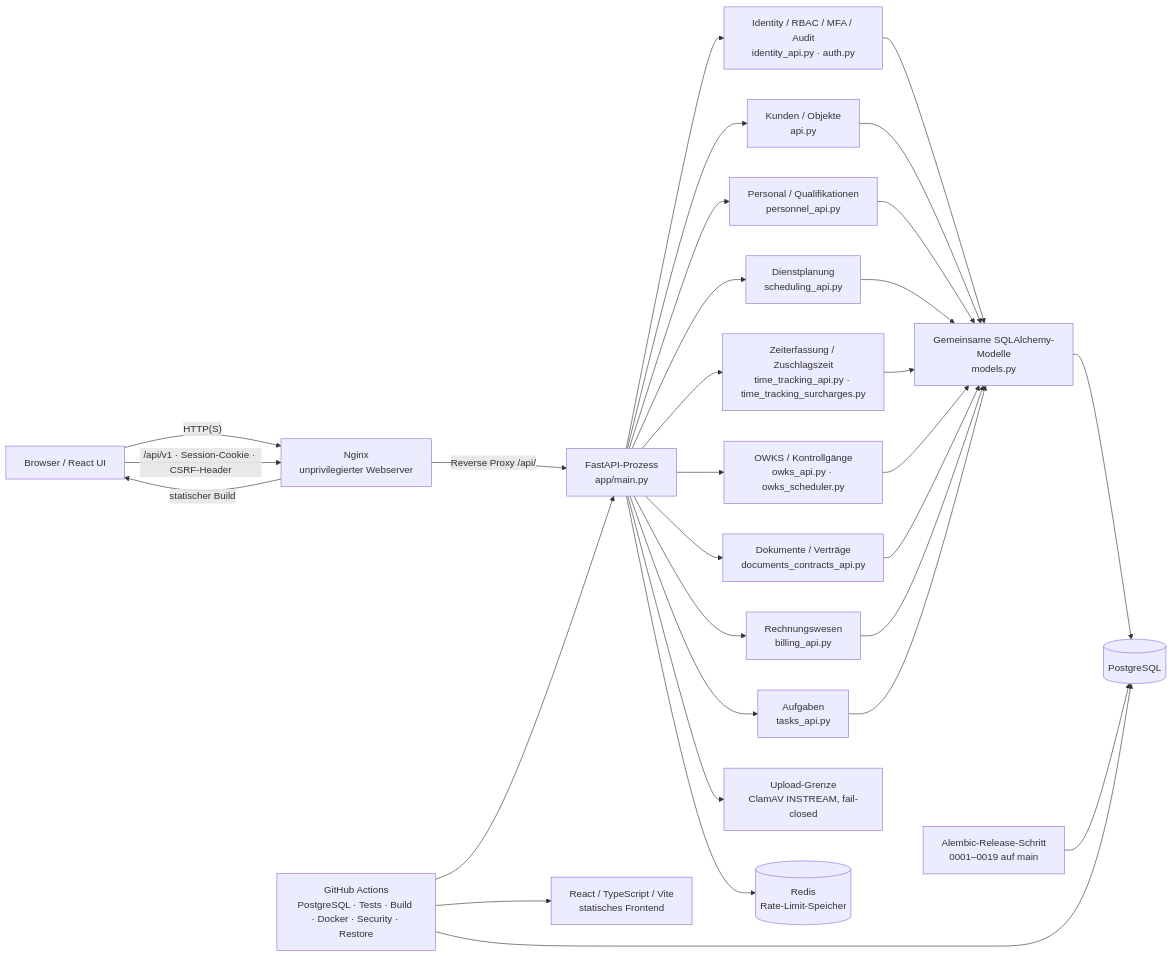
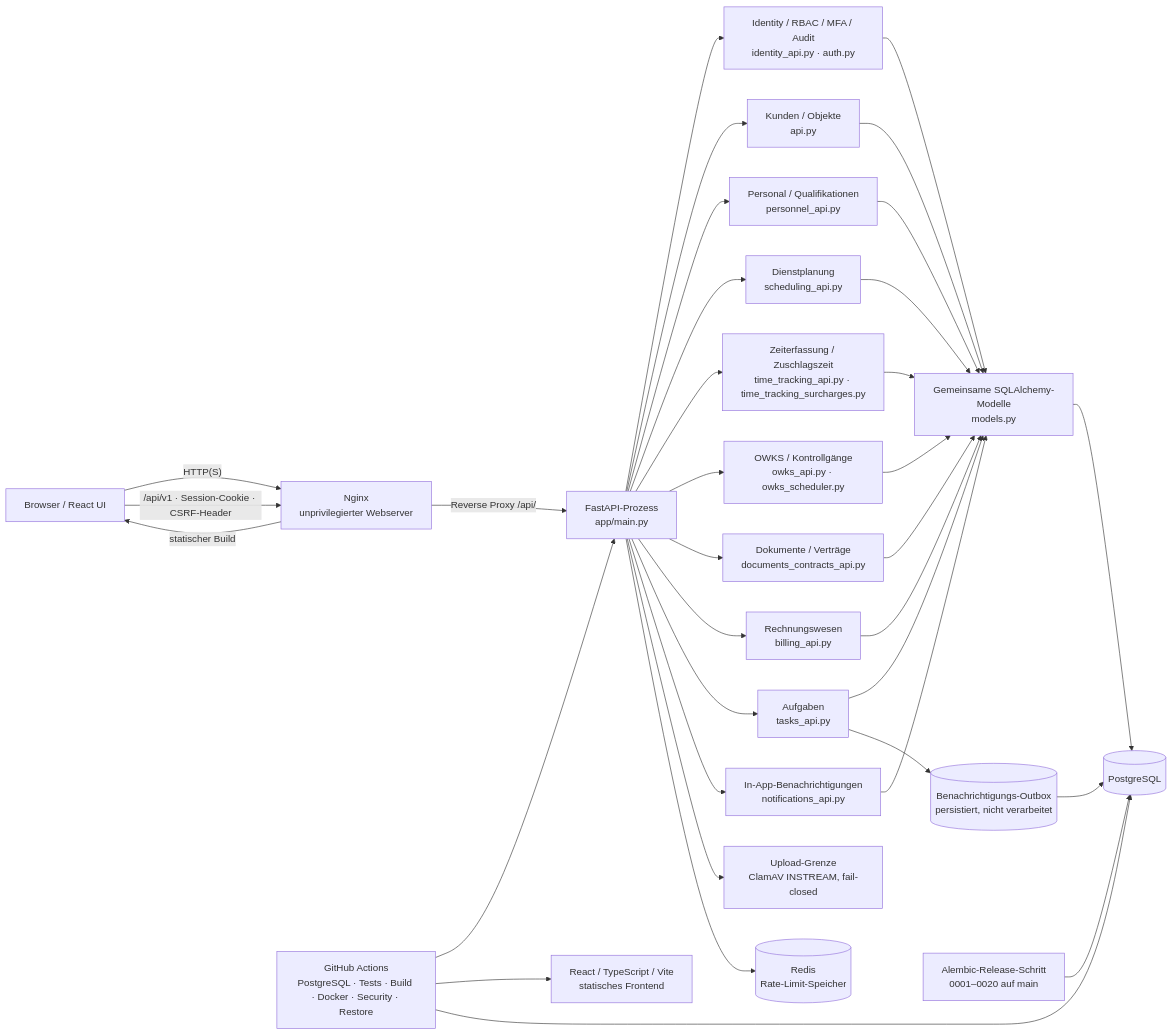
The diagram in docs/ARCHITECTURE.md (Debugger-alex/securityops-python), drawn with Mermaid before and after one commit. The commit also changed other lines of this file and 10 other files, not shown here.

Commit message:
docs: document task notifications on main

````diff
--- a/docs/ARCHITECTURE.md
+++ b/docs/ARCHITECTURE.md
@@ -7,51 +7,57 @@
 ```mermaid
 flowchart LR
     Browser["Browser / React UI"]
     UI["React / TypeScript / Vite<br/>statisches Frontend"]
     Web["Nginx<br/>unprivilegierter Webserver"]
     API["FastAPI-Prozess<br/>app/main.py"]
     Identity["Identity / RBAC / MFA / Audit<br/>identity_api.py · auth.py"]
     Customer["Kunden / Objekte<br/>api.py"]
     People["Personal / Qualifikationen<br/>personnel_api.py"]
     Scheduling["Dienstplanung<br/>scheduling_api.py"]
     Time["Zeiterfassung / Zuschlagszeit<br/>time_tracking_api.py · time_tracking_surcharges.py"]
     OWKS["OWKS / Kontrollgänge<br/>owks_api.py · owks_scheduler.py"]
     Docs["Dokumente / Verträge<br/>documents_contracts_api.py"]
     Billing["Rechnungswesen<br/>billing_api.py"]
     Tasks["Aufgaben<br/>tasks_api.py"]
+    Notifications["In-App-Benachrichtigungen<br/>notifications_api.py"]
+    Outbox[("Benachrichtigungs-Outbox<br/>persistiert, nicht verarbeitet")]
     Scanner["Upload-Grenze<br/>ClamAV INSTREAM, fail-closed"]
     Models["Gemeinsame SQLAlchemy-Modelle<br/>models.py"]
     DB[("PostgreSQL")]
     Redis[("Redis<br/>Rate-Limit-Speicher")]
-    Migrations["Alembic-Release-Schritt<br/>0001–0019 auf main"]
+    Migrations["Alembic-Release-Schritt<br/>0001–0020 auf main"]
     CI["GitHub Actions<br/>PostgreSQL · Tests · Build · Docker · Security · Restore"]
     Browser -->|"HTTP(S)"| Web
     Web -->|"statischer Build"| Browser
     Browser -->|"/api/v1 · Session-Cookie · CSRF-Header"| Web
     Web -->|"Reverse Proxy /api/"| API
     API --> Identity
     API --> Customer
     API --> People
     API --> Scheduling
     API --> Time
     API --> OWKS
     API --> Docs
     API --> Billing
     API --> Tasks
+    API --> Notifications
     API --> Scanner
     Identity --> Models
     Customer --> Models
     People --> Models
     Scheduling --> Models
     Time --> Models
     OWKS --> Models
     Docs --> Models
     Billing --> Models
     Tasks --> Models
+    Notifications --> Models
+    Tasks --> Outbox
+    Outbox --> DB
     Models --> DB
     API --> Redis
     Migrations --> DB
     CI --> API
     CI --> UI
     CI --> DB
 ```
````
